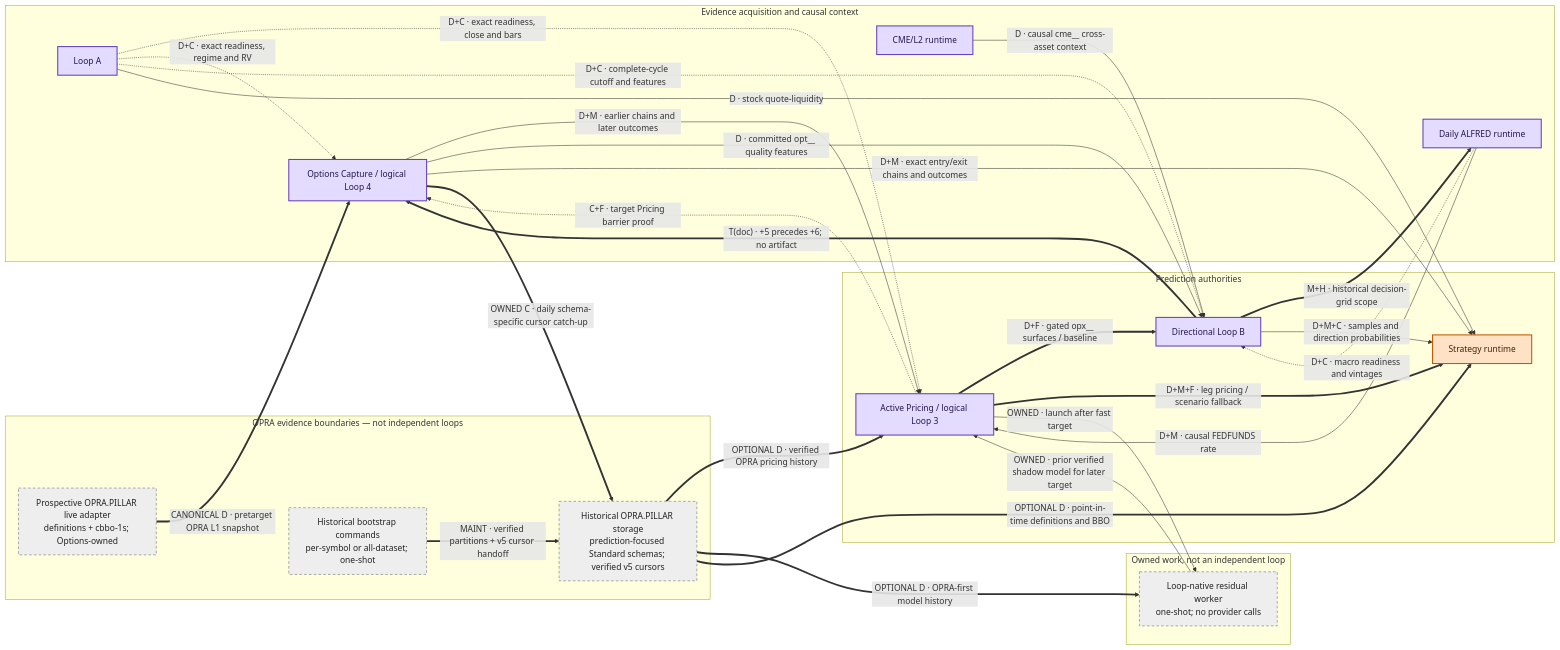
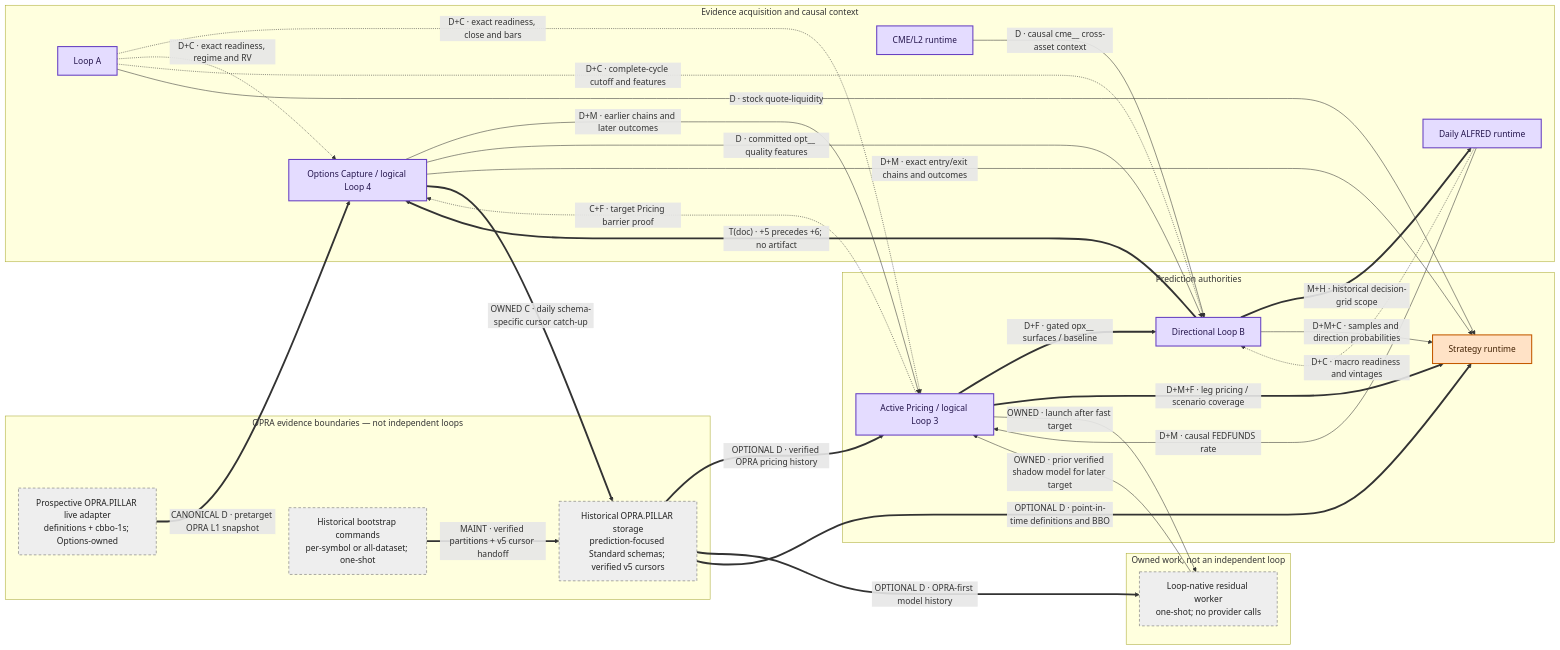
The first of 2 diagrams in docs/loops-system-analysis/LOOP_MAP.md (jeremysecondstate/ducketz), drawn with Mermaid before and after one commit. The commit also changed other lines of this file and 46 other files, not shown here.

First line of the commit message:
Update score basis logic to replace fallback heuristic with scenario coverage and validate quality policies in options strategies pipeline

````diff
--- a/docs/loops-system-analysis/LOOP_MAP.md
+++ b/docs/loops-system-analysis/LOOP_MAP.md
@@ -5,58 +5,58 @@
 ```mermaid
 flowchart LR
     subgraph BOUNDARIES[OPRA evidence boundaries — not independent loops]
         OPRAL["Prospective OPRA.PILLAR live adapter<br/>definitions + cbbo-1s; Options-owned"]
         BOOT["Historical bootstrap commands<br/>per-symbol or all-dataset; one-shot"]
         OPRAH["Historical OPRA.PILLAR storage<br/>prediction-focused Standard schemas; verified v5 cursors"]
     end
 
     subgraph EVIDENCE[Evidence acquisition and causal context]
         CME["CME/L2 runtime"]
         A["Loop A"]
         FRED["Daily ALFRED runtime"]
         OPT["Options Capture / logical Loop 4"]
     end
 
     subgraph PREDICTION[Prediction authorities]
         PR["Active Pricing / logical Loop 3"]
         B["Directional Loop B"]
         STR["Strategy runtime"]
     end
 
     subgraph OWNED[Owned work, not an independent loop]
         W["Loop-native residual worker<br/>one-shot; no provider calls"]
     end
 
     CME -->|"D · causal cme__ cross-asset context"| B
     A -.->|"D+C · exact readiness, close and bars"| PR
     A -.->|"D+C · exact readiness, regime and RV"| OPT
     A -.->|"D+C · complete-cycle cutoff and features"| B
     A -->|"D · stock quote-liquidity"| STR
     FRED -->|"D+M · causal FEDFUNDS rate"| PR
     FRED -.->|"D+C · macro readiness and vintages"| B
     B ==>|"M+H · historical decision-grid scope"| FRED
     PR -.->|"C+F · target Pricing barrier proof"| OPT
     OPT -->|"D+M · earlier chains and later outcomes"| PR
     PR ==>|"D+F · gated opx__ surfaces / baseline"| B
     OPT -->|"D · committed opt__ quality features"| B
     B -->|"D+M+C · samples and direction probabilities"| STR
     OPT -->|"D+M · exact entry/exit chains and outcomes"| STR
-    PR ==>|"D+M+F · leg pricing / scenario fallback"| STR
+    PR ==>|"D+M+F · leg pricing / scenario coverage"| STR
     B ==>|"T(doc) · +5 precedes +6; no artifact"| OPT
     PR -->|"OWNED · launch after fast target"| W
     W -->|"OWNED · prior verified shadow model for later target"| PR
     OPRAL ==>|"CANONICAL D · pretarget OPRA L1 snapshot"| OPT
     BOOT ==>|"MAINT · verified partitions + v5 cursor handoff"| OPRAH
     OPT ==>|"OWNED C · daily schema-specific cursor catch-up"| OPRAH
     OPRAH ==>|"OPTIONAL D · verified OPRA pricing history"| PR
     OPRAH ==>|"OPTIONAL D · OPRA-first model history"| W
     OPRAH ==>|"OPTIONAL D · point-in-time definitions and BBO"| STR
 
     classDef horizon fill:#d8ecff,stroke:#1565c0,color:#102a43,stroke-width:2px;
     classDef options fill:#ffe2c6,stroke:#c45a00,color:#432204,stroke-width:2px;
     classDef both fill:#e4dcff,stroke:#6842c2,color:#25164d,stroke-width:2px;
     classDef support fill:#eeeeee,stroke:#666666,color:#222222,stroke-dasharray:5 4;
     class CME,A,FRED,OPT,PR,B both;
     class STR options;
     class W,OPRAL,BOOT,OPRAH support;
 ```
````
